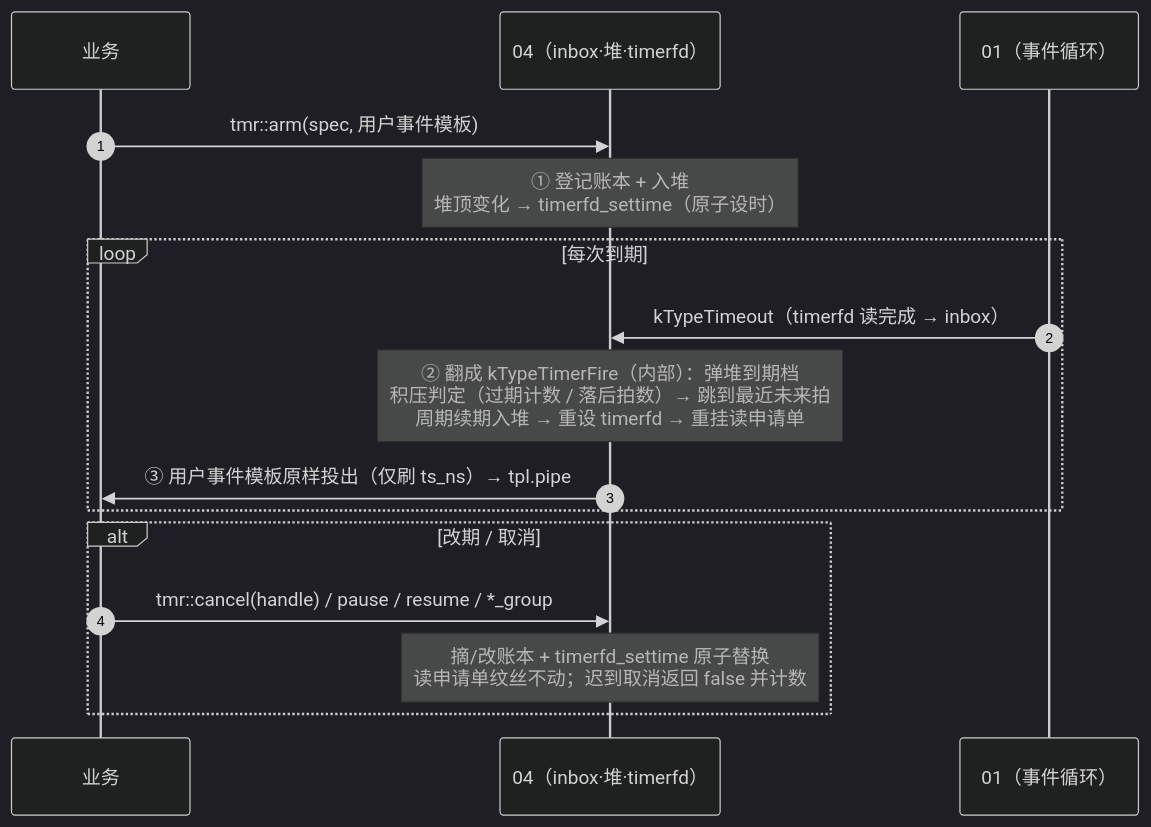
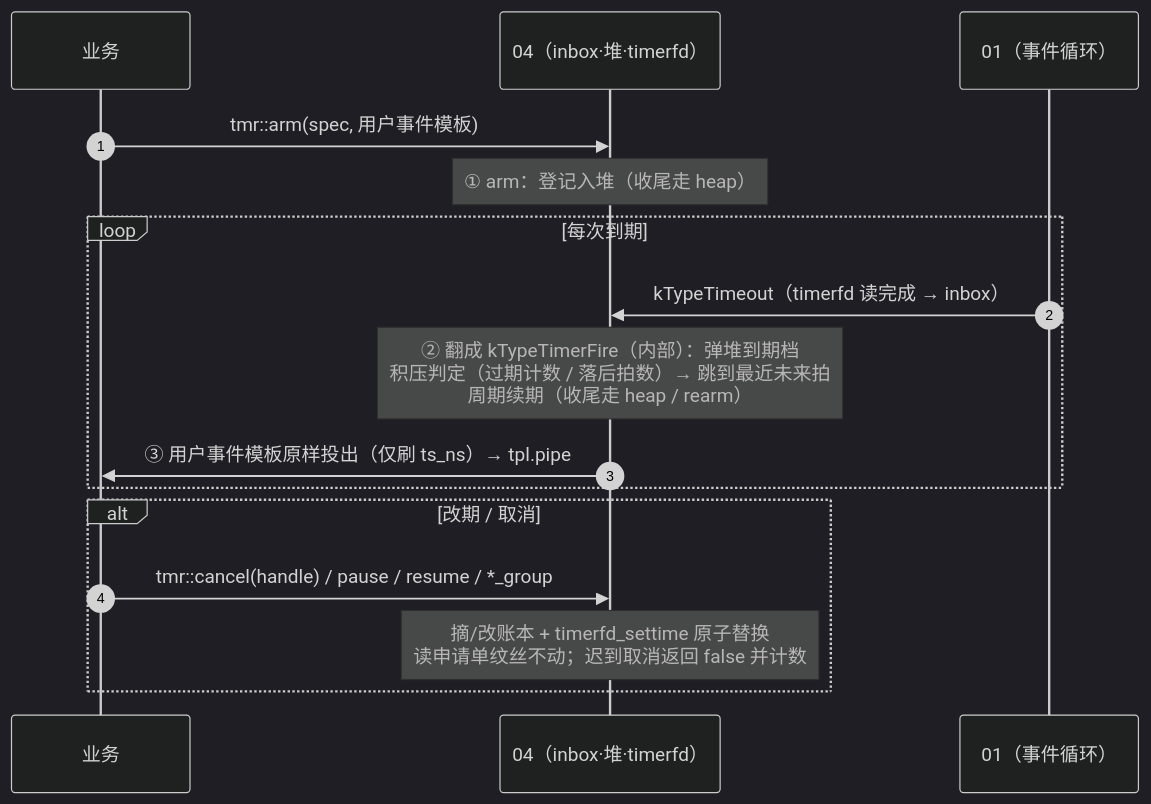
Before and after one commit to hihfe/smartdoll: the diagram in doc/modules/04-timer.md, drawn with Mermaid (dark theme). The commit also changed other lines of this file and 7 other files, not shown here.

````diff
--- a/doc/modules/04-timer.md
+++ b/doc/modules/04-timer.md
@@ -156,21 +156,21 @@
 ```mermaid
 sequenceDiagram
     autonumber
     participant BIZ as 业务
     participant TMR as 04（inbox·堆·timerfd）
     participant L01 as 01（事件循环）
 
     BIZ->>TMR: tmr::arm(spec, 用户事件模板)
-    Note over TMR: ① 登记账本 + 入堆<br/>堆顶变化 → timerfd_settime（原子设时）
+    Note over TMR: ① arm：登记入堆（收尾走 heap）
 
     loop 每次到期
         L01->>TMR: kTypeTimeout（timerfd 读完成 → inbox）
-        Note over TMR: ② 翻成 kTypeTimerFire（内部）：弹堆到期档<br/>积压判定（过期计数 / 落后拍数）→ 跳到最近未来拍<br/>周期续期入堆 → 重设 timerfd → 重挂读申请单
+        Note over TMR: ② 翻成 kTypeTimerFire（内部）：弹堆到期档<br/>积压判定（过期计数 / 落后拍数）→ 跳到最近未来拍<br/>周期续期（收尾走 heap / rearm）
         TMR->>BIZ: ③ 用户事件模板原样投出（仅刷 ts_ns）→ tpl.pipe
     end
 
     alt 改期 / 取消
         BIZ->>TMR: tmr::cancel(handle) / pause / resume / *_group
         Note over TMR: 摘/改账本 + timerfd_settime 原子替换<br/>读申请单纹丝不动；迟到取消返回 false 并计数
     end
 ```
````
